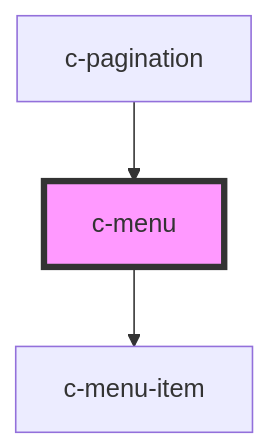
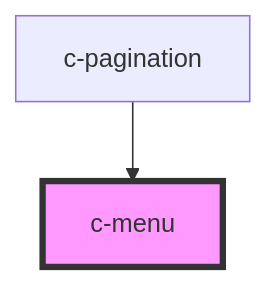
One commit to hannyle/csc-ui changed the diagram in src/components/c-menu/readme.md. Above: the diagram before and after it, drawn with Mermaid. The commit also changed other lines of this file and 4 other files, not shown here.

````diff
--- a/src/components/c-menu/readme.md
+++ b/src/components/c-menu/readme.md
@@ -36,6 +32,5 @@
 ```mermaid
 graph TD;
-  c-menu --> c-menu-item
   c-pagination --> c-menu
   style c-menu fill:#f9f,stroke:#333,stroke-width:4px
 ```
````
